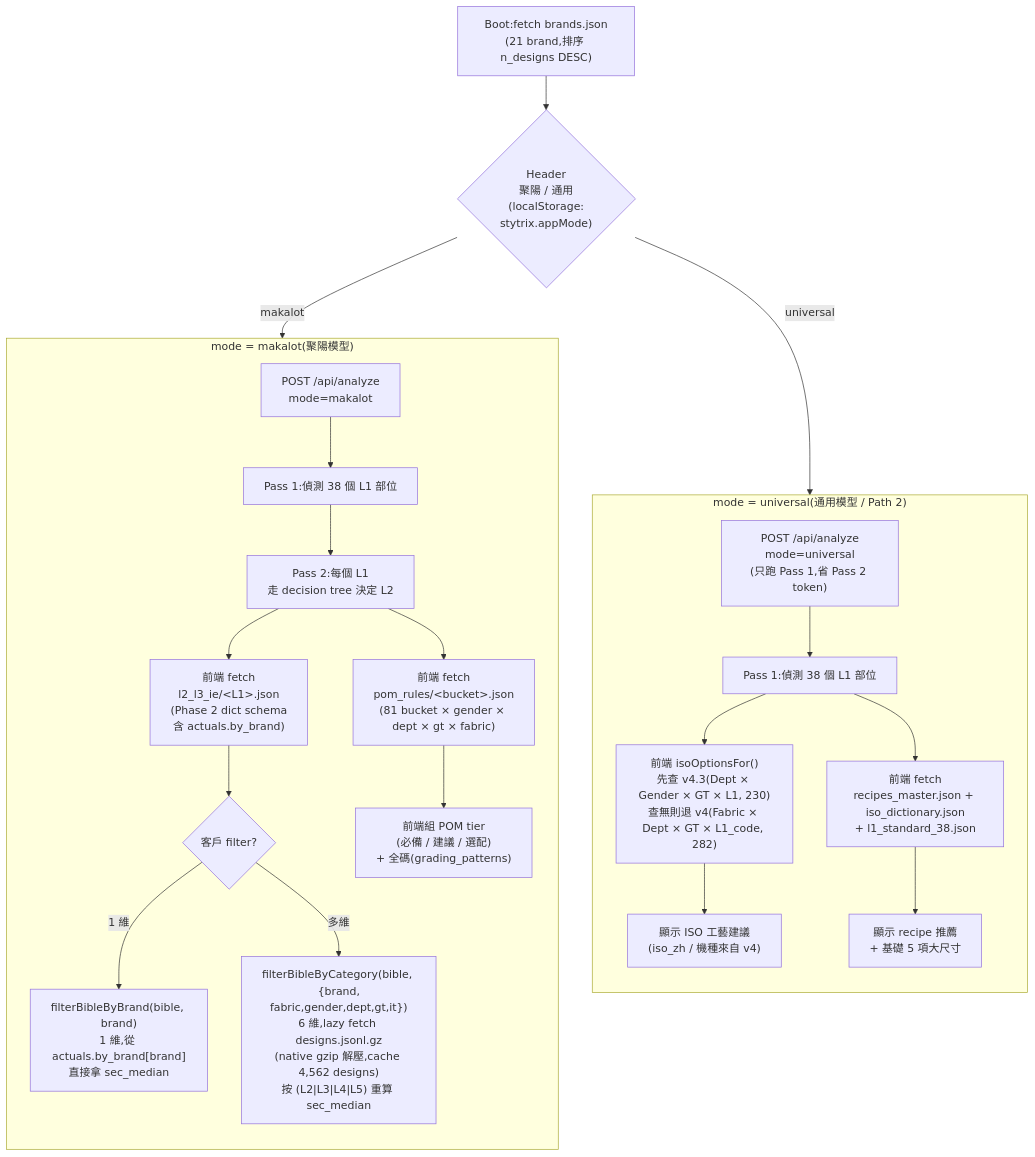
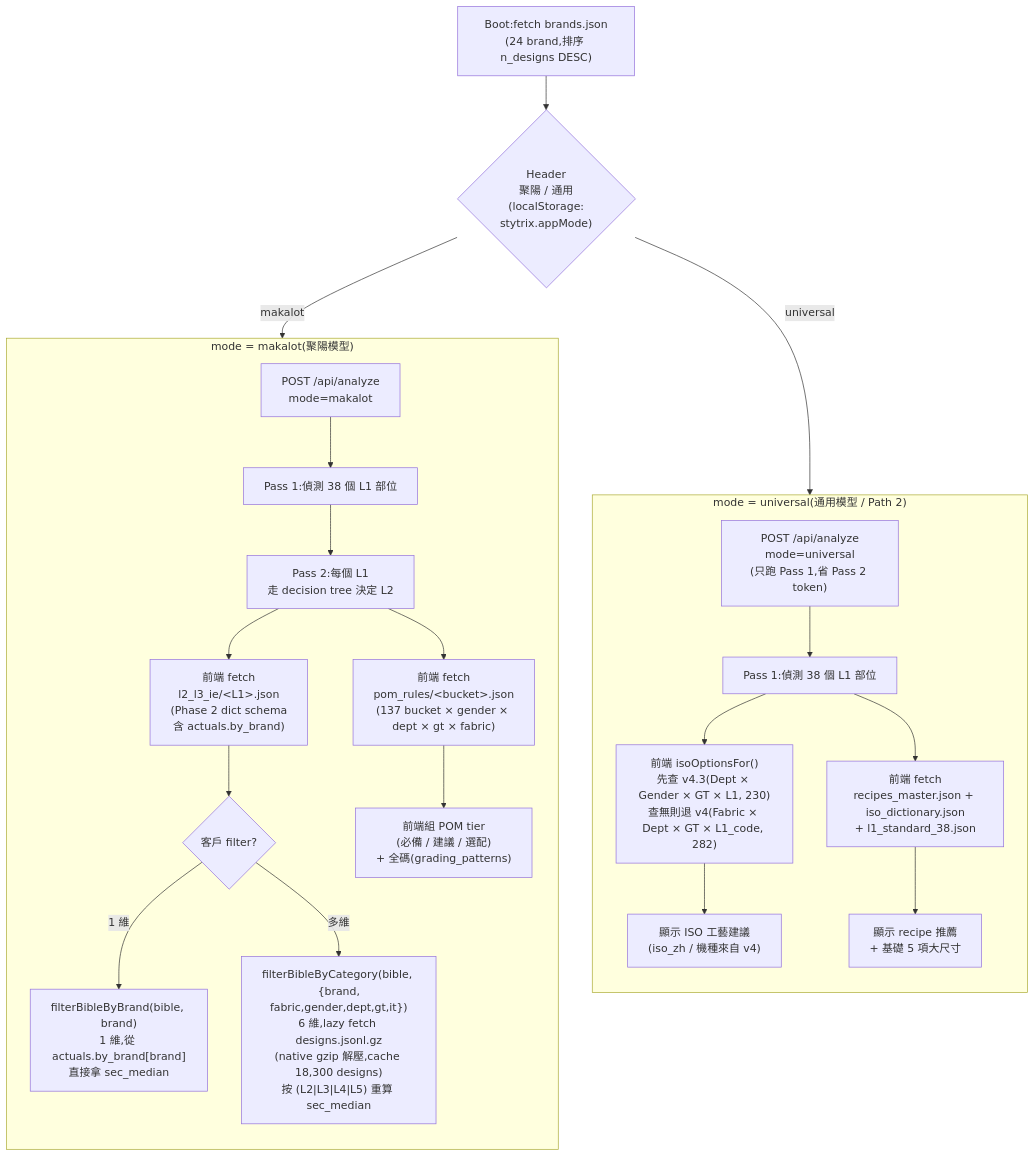
Before and after one commit to ellyfd/stytrix-techpack: the second of 5 diagrams in docs/spec/網站架構圖.md, drawn with Mermaid. The commit also changed other lines of this file and 8 other files, not shown here.

````diff
--- a/docs/spec/網站架構圖.md
+++ b/docs/spec/網站架構圖.md
@@ -71,39 +71,39 @@
 ```mermaid
 flowchart TB
-  Boot["Boot:fetch brands.json<br/>(21 brand,排序 n_designs DESC)"]
+  Boot["Boot:fetch brands.json<br/>(24 brand,排序 n_designs DESC)"]
   Mode{"Header<br/>聚陽 / 通用<br/>(localStorage:<br/>stytrix.appMode)"}
 
   Boot --> Mode
 
   subgraph Makalot["mode = makalot(聚陽模型)"]
     direction TB
     M1["POST /api/analyze<br/>mode=makalot"]
     M2["Pass 1:偵測 38 個 L1 部位"]
     M3["Pass 2:每個 L1<br/>走 decision tree 決定 L2"]
     M4["前端 fetch<br/>l2_l3_ie/&lt;L1&gt;.json<br/>(Phase 2 dict schema<br/>含 actuals.by_brand)"]
     M4f{"客戶 filter?"}
     M4a["filterBibleByBrand(bible, brand)<br/>1 維,從 actuals.by_brand[brand]<br/>直接拿 sec_median"]
-    M4b["filterBibleByCategory(bible, {brand,<br/>fabric,gender,dept,gt,it})<br/>6 維,lazy fetch designs.jsonl.gz<br/>(native gzip 解壓,cache 4,562 designs)<br/>按 (L2|L3|L4|L5) 重算 sec_median"]
-    M5["前端 fetch<br/>pom_rules/&lt;bucket&gt;.json<br/>(81 bucket × gender × dept × gt × fabric)"]
+    M4b["filterBibleByCategory(bible, {brand,<br/>fabric,gender,dept,gt,it})<br/>6 維,lazy fetch designs.jsonl.gz<br/>(native gzip 解壓,cache 18,300 designs)<br/>按 (L2|L3|L4|L5) 重算 sec_median"]
+    M5["前端 fetch<br/>pom_rules/&lt;bucket&gt;.json<br/>(137 bucket × gender × dept × gt × fabric)"]
     M6["前端組 POM tier<br/>(必備 / 建議 / 選配)<br/>+ 全碼(grading_patterns)"]
     M1 --> M2 --> M3 --> M4 --> M4f
     M4f -- "1 維" --> M4a
     M4f -- "多維" --> M4b
     M3 --> M5 --> M6
   end
 
   subgraph Universal["mode = universal(通用模型 / Path 2)"]
     direction TB
     U1["POST /api/analyze<br/>mode=universal<br/>(只跑 Pass 1,省 Pass 2 token)"]
     U2["Pass 1:偵測 38 個 L1 部位"]
     U3["前端 isoOptionsFor()<br/>先查 v4.3(Dept × Gender × GT × L1, 230)<br/>查無則退 v4(Fabric × Dept × GT × L1_code, 282)"]
     U4["顯示 ISO 工藝建議<br/>(iso_zh / 機種來自 v4)"]
     U5["前端 fetch<br/>recipes_master.json + iso_dictionary.json<br/>+ l1_standard_38.json"]
     U6["顯示 recipe 推薦<br/>+ 基礎 5 項大尺寸"]
     U1 --> U2 --> U3 --> U4
     U2 --> U5 --> U6
   end
 
   Mode -- "makalot" --> Makalot
   Mode -- "universal" --> Universal
 ```
````
